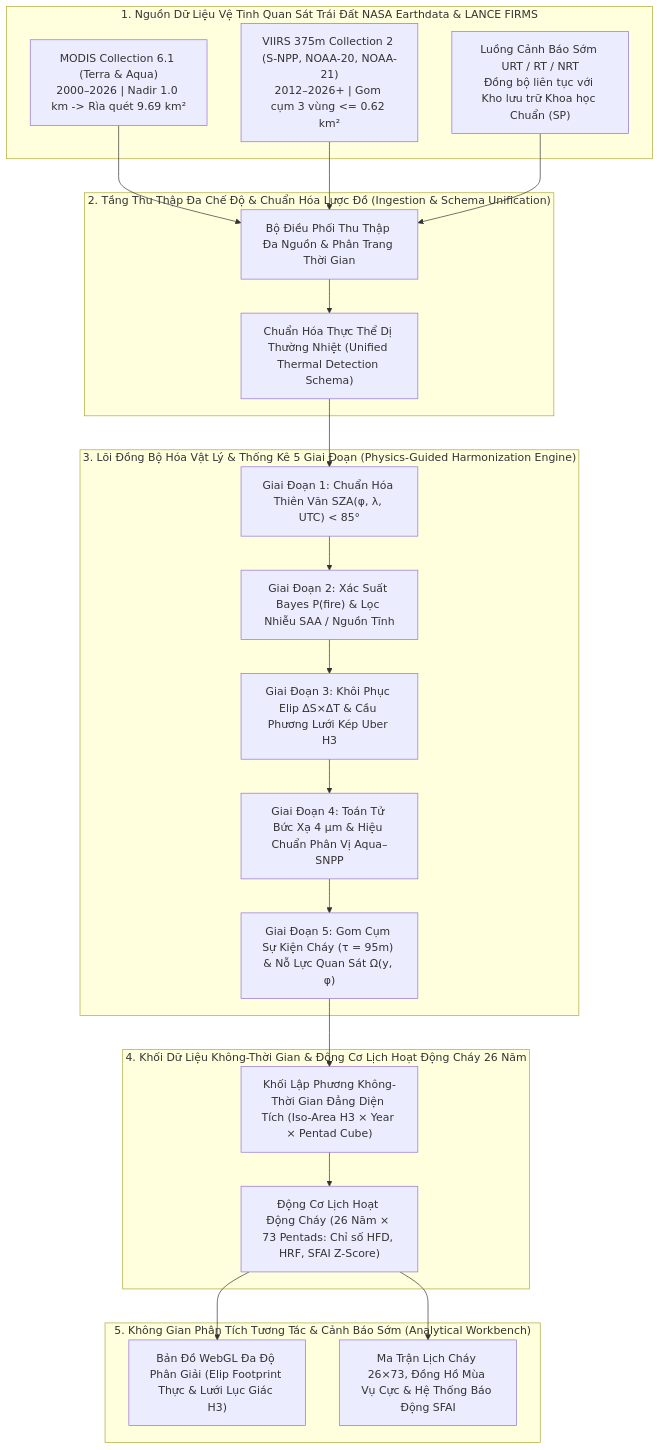
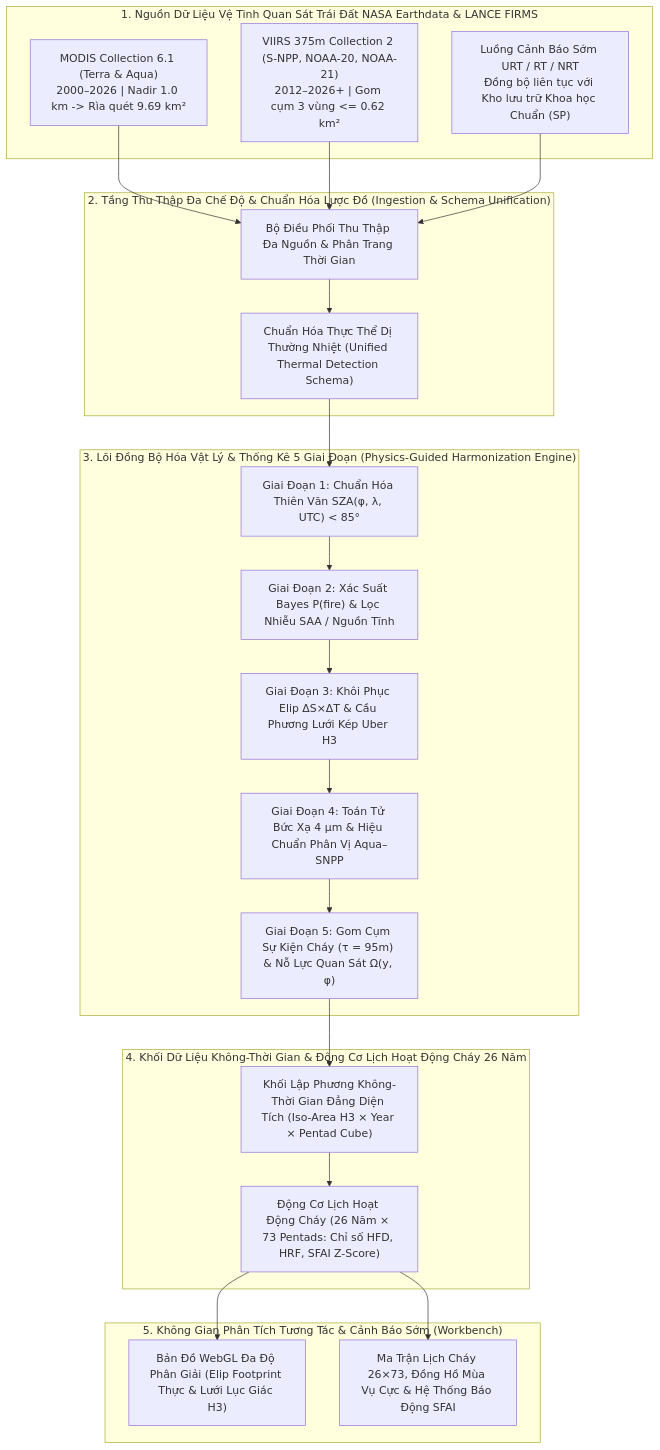
One commit to the-aris-club/flare-chronos changed the first of 2 diagrams in exports/PROPOSAL.md. Above: the diagram before and after it, drawn with Mermaid. The commit also changed other lines of this file and 9 other files, not shown here.

````diff
--- a/exports/PROPOSAL.md
+++ b/exports/PROPOSAL.md
@@ -77,35 +77,35 @@
 ```mermaid
 flowchart TB
     subgraph TIER1["1. Nguồn Dữ Liệu Vệ Tinh Quan Sát Trái Đất NASA Earthdata & LANCE FIRMS"]
         M_SRC["MODIS Collection 6.1 (Terra & Aqua)<br/>2000–2026 | Nadir 1.0 km -> Rìa quét 9.69 km²"]
         V_SRC["VIIRS 375m Collection 2 (S-NPP, NOAA-20, NOAA-21)<br/>2012–2026+ | Gom cụm 3 vùng <= 0.62 km²"]
         NRT_SRC["Luồng Cảnh Báo Sớm URT / RT / NRT<br/>Đồng bộ liên tục với Kho lưu trữ Khoa học Chuẩn (SP)"]
     end
 
     subgraph TIER2["2. Tầng Thu Thập Đa Chế Độ & Chuẩn Hóa Lược Đồ (Ingestion & Schema Unification)"]
         INGEST["Bộ Điều Phối Thu Thập Đa Nguồn & Phân Trang Thời Gian"]
         SCHEMA["Chuẩn Hóa Thực Thể Dị Thường Nhiệt (Unified Thermal Detection Schema)"]
     end
 
     subgraph TIER3["3. Lõi Đồng Bộ Hóa Vật Lý & Thống Kê 5 Giai Đoạn (Physics-Guided Harmonization Engine)"]
         S1["Giai Đoạn 1: Chuẩn Hóa Thiên Văn SZA(φ, λ, UTC) < 85°"]
         S2["Giai Đoạn 2: Xác Suất Bayes P(fire) & Lọc Nhiễu SAA / Nguồn Tĩnh"]
         S3["Giai Đoạn 3: Khôi Phục Elip ΔS×ΔT & Cầu Phương Lưới Kép Uber H3"]
         S4["Giai Đoạn 4: Toán Tử Bức Xạ 4 μm & Hiệu Chuẩn Phân Vị Aqua–SNPP"]
         S5["Giai Đoạn 5: Gom Cụm Sự Kiện Cháy (τ = 95m) & Nỗ Lực Quan Sát Ω(y, φ)"]
     end
 
     subgraph TIER4["4. Khối Dữ Liệu Không-Thời Gian & Động Cơ Lịch Hoạt Động Cháy 26 Năm"]
         CUBE["Khối Lập Phương Không-Thời Gian Đẳng Diện Tích (Iso-Area H3 × Year × Pentad Cube)"]
         CAL["Động Cơ Lịch Hoạt Động Cháy (26 Năm × 73 Pentads: Chỉ số HFD, HRF, SFAI Z-Score)"]
     end
 
-    subgraph TIER5["5. Không Gian Phân Tích Tương Tác & Cảnh Báo Sớm (Analytical Workbench)"]
+    subgraph TIER5["5. Không Gian Phân Tích Tương Tác & Cảnh Báo Sớm (Workbench)"]
         MAP["Bản Đồ WebGL Đa Độ Phân Giải (Elip Footprint Thực & Lưới Lục Giác H3)"]
         CLOCK["Ma Trận Lịch Cháy 26×73, Đồng Hồ Mùa Vụ Cực & Hệ Thống Báo Động SFAI"]
     end
 
     M_SRC & V_SRC & NRT_SRC --> INGEST --> SCHEMA
     SCHEMA --> S1 --> S2 --> S3 --> S4 --> S5
     S5 --> CUBE --> CAL --> MAP & CLOCK
 ```
````
